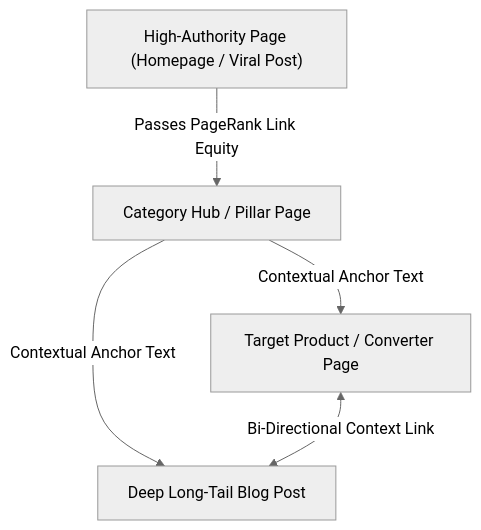
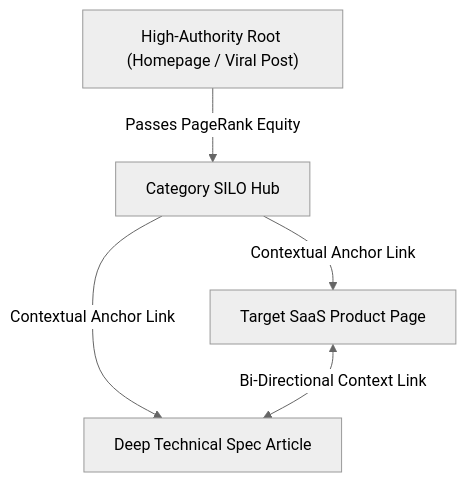
One commit to seoerai/seo changed the diagram in internal-linking/README.md. Above: the diagram before and after it, drawn with Mermaid (neutral theme). The commit also changed other lines of this file and 4 other files, not shown here.

Commit message:
docs: expand Core Web Vitals, Internal Linking PageRank, Crawl Budget, Log Forensics and GSC Telemetry specs

````diff
--- a/internal-linking/README.md
+++ b/internal-linking/README.md
@@ -11,7 +11,7 @@
 ```mermaid
 flowchart TD
-    A["High-Authority Page (Homepage / Viral Post)"] -->|Passes PageRank Link Equity| B["Category Hub / Pillar Page"]
-    B -->|Contextual Anchor Text| C["Target Product / Converter Page"]
-    B -->|Contextual Anchor Text| D["Deep Long-Tail Blog Post"]
+    A["High-Authority Root (Homepage / Viral Post)"] -->|Passes PageRank Equity| B["Category SILO Hub"]
+    B -->|Contextual Anchor Link| C["Target SaaS Product Page"]
+    B -->|Contextual Anchor Link| D["Deep Technical Spec Article"]
     C <-->|Bi-Directional Context Link| D
 ```
````
